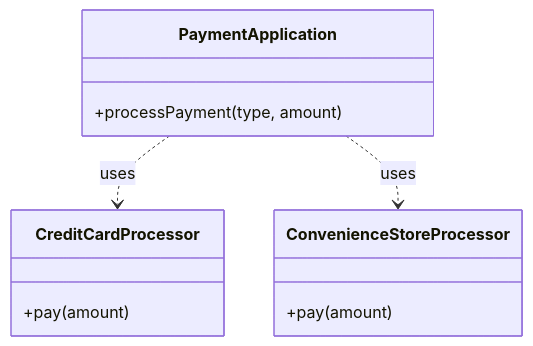
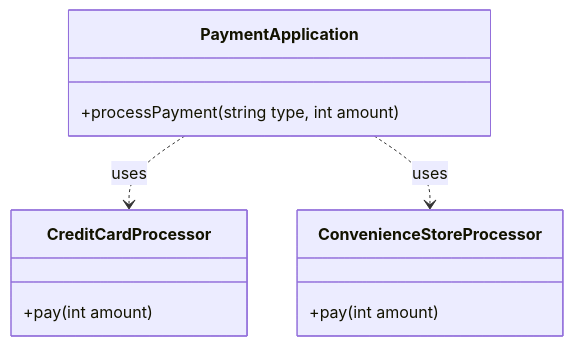
The first of 5 diagrams in kindle/design-patterns/output/chapter08.md (kumachan1101-pixel/DesignPattern), drawn with Mermaid before and after one commit. The commit also changed other lines of this file and 4 other files, not shown here.

First line of the commit message:
fix: ch08-12 クラス図修正・フェーズ6ステップ1再構成

````diff
--- a/kindle/design-patterns/output/chapter08.md
+++ b/kindle/design-patterns/output/chapter08.md
@@ -81,14 +81,14 @@
 ```mermaid
 classDiagram
     class PaymentApplication {
-        +processPayment(type, amount)
+        +processPayment(string type, int amount)
     }
     class CreditCardProcessor {
-        +pay(amount)
+        +pay(int amount)
     }
     class ConvenienceStoreProcessor {
-        +pay(amount)
+        +pay(int amount)
     }
     PaymentApplication ..> CreditCardProcessor : uses
     PaymentApplication ..> ConvenienceStoreProcessor : uses
 ```
````
